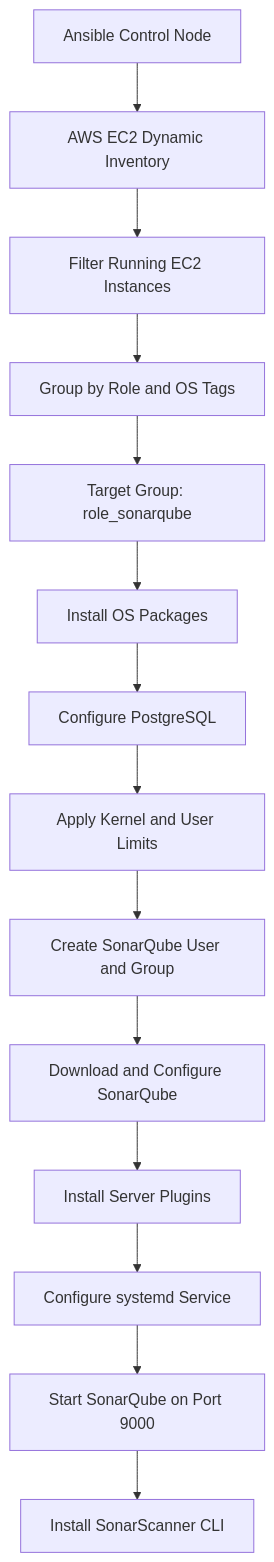
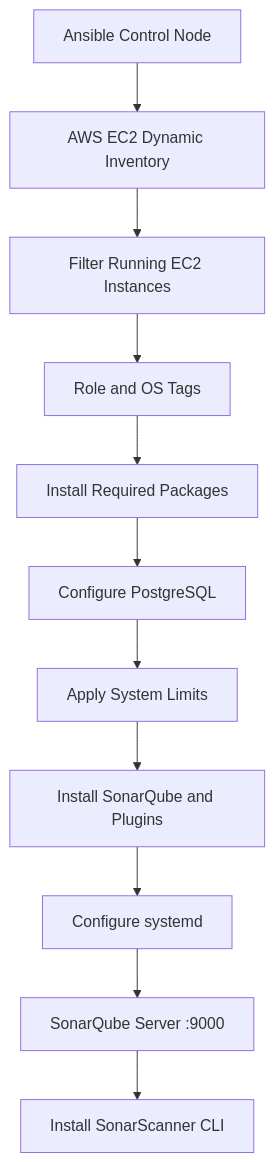
Before and after one commit to Rita-tech-ally/application: the diagram in Sprint_3/sonarqube_playbook.md, drawn with Mermaid. The commit also changed other lines of this file, not shown here.

````diff
--- a/Sprint_3/sonarqube_playbook.md
+++ b/Sprint_3/sonarqube_playbook.md
@@ -135,16 +93,13 @@
 ```mermaid
 flowchart TD
     A[Ansible Control Node] --> B[AWS EC2 Dynamic Inventory]
     B --> C[Filter Running EC2 Instances]
-    C --> D[Group by Role and OS Tags]
-    D --> E[Target Group: role_sonarqube]
-    E --> F[Install OS Packages]
-    F --> G[Configure PostgreSQL]
-    G --> H[Apply Kernel and User Limits]
-    H --> I[Create SonarQube User and Group]
-    I --> J[Download and Configure SonarQube]
-    J --> K[Install Server Plugins]
-    K --> L[Configure systemd Service]
-    L --> M[Start SonarQube on Port 9000]
-    M --> N[Install SonarScanner CLI]
+    C --> D[Role and OS Tags]
+    D --> E[Install Required Packages]
+    E --> F[Configure PostgreSQL]
+    F --> G[Apply System Limits]
+    G --> H[Install SonarQube and Plugins]
+    H --> I[Configure systemd]
+    I --> J[SonarQube Server :9000]
+    J --> K[Install SonarScanner CLI]
 ```
````
